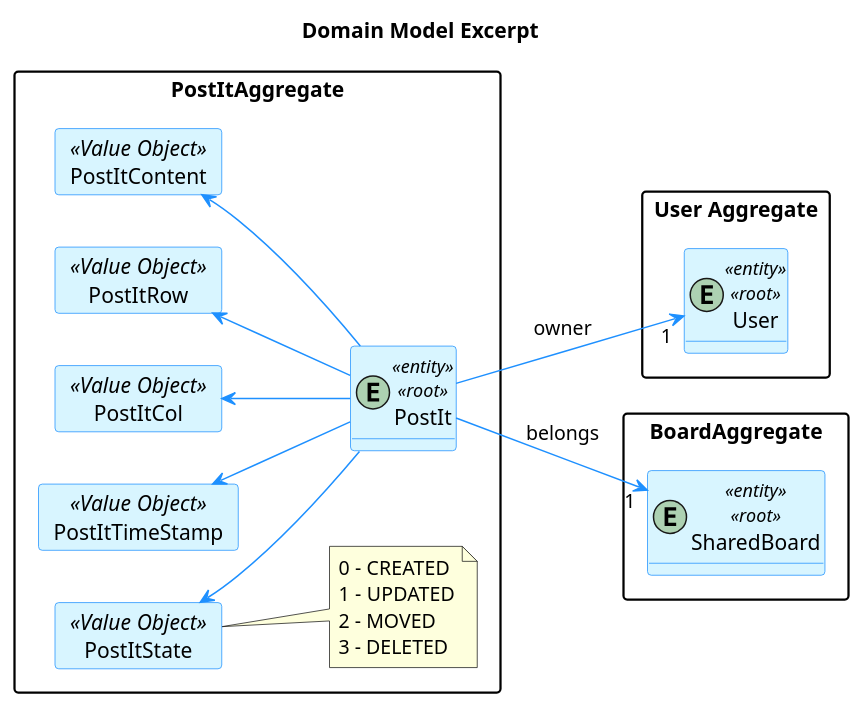
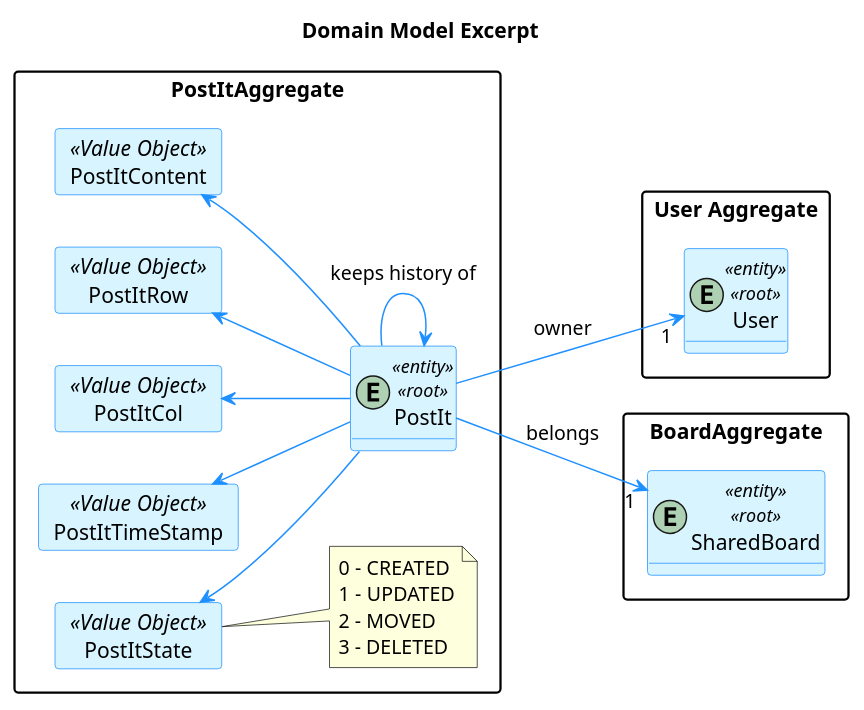
The diagram in docs/SPRINT C/US_3008/Analysis/DomainModelExcerpt.puml (brunacosta03/sem4pi_22_23), drawn with PlantUML before and after one commit. The commit also changed 3 other files, not shown here.

Commit message:
docs: post-it needs to have its own history attached to it #2

```diff
--- a/docs/SPRINT C/US_3008/Analysis/DomainModelExcerpt.puml
+++ b/docs/SPRINT C/US_3008/Analysis/DomainModelExcerpt.puml
@@ -1,67 +1,68 @@
 @startuml
 
 title Domain Model Excerpt
 
 hide methods
 left to right direction
 
 skinparam classAttributeIconSize 0
 
 skinparam class {
     LifeLineBorderColor DodgerBlue
     LifeLineBackgroundColor APPLICATION
     BackgroundColor #D8F5FF
     ArrowColor DodgerBlue
     BorderColor DodgerBlue
 }
 
 skinparam packageStyle rectangle
 
 skinparam card {
     LifeLineBorderColor DodgerBlue
     LifeLineBackgroundColor APPLICATION
     BackgroundColor #D8F5FF
     ArrowColor DodgerBlue
     BorderColor DodgerBlue
 }
 
 package "User Aggregate" {
     entity User <<entity>><<root>>
 }
 
 package BoardAggregate {
     entity SharedBoard <<entity>><<root>>
 }
 
 package PostItAggregate {
     entity PostIt <<entity>><<root>>
     card PostItContent <<Value Object>>{
     }
 
     card PostItRow <<Value Object>>{
     }
     card PostItCol <<Value Object>>{
     }
     card PostItTimeStamp <<Value Object>>{
     }
     card PostItState <<Value Object>>{
     }
 
     note right of PostItState
         0 - CREATED
         1 - UPDATED
         2 - MOVED
         3 - DELETED
     end note
 
     PostItContent <-- PostIt
     PostItRow <-- PostIt
     PostItCol <-- PostIt
     PostItTimeStamp <-- PostIt
     PostItState <-- PostIt
 }
 
 PostIt --> "1" User :owner
 PostIt --> "1" SharedBoard :belongs
+PostIt --> PostIt : keeps history of
 
 @enduml
```
